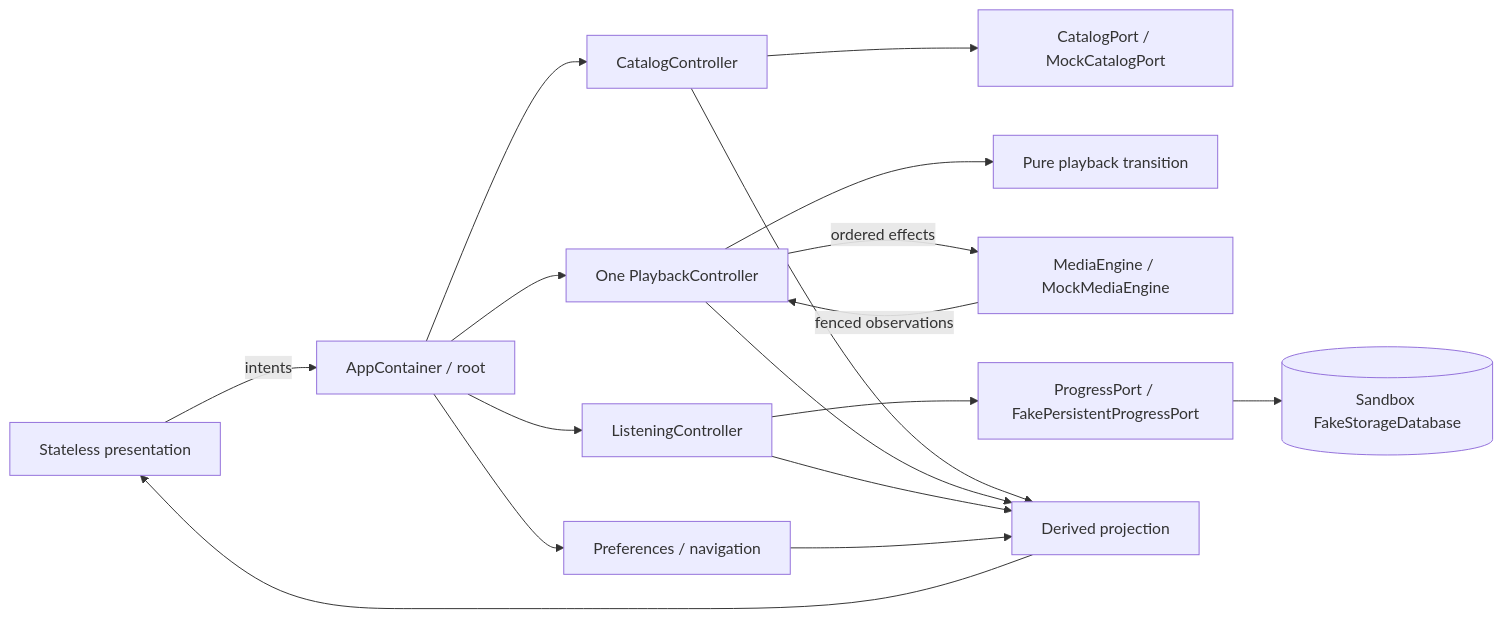
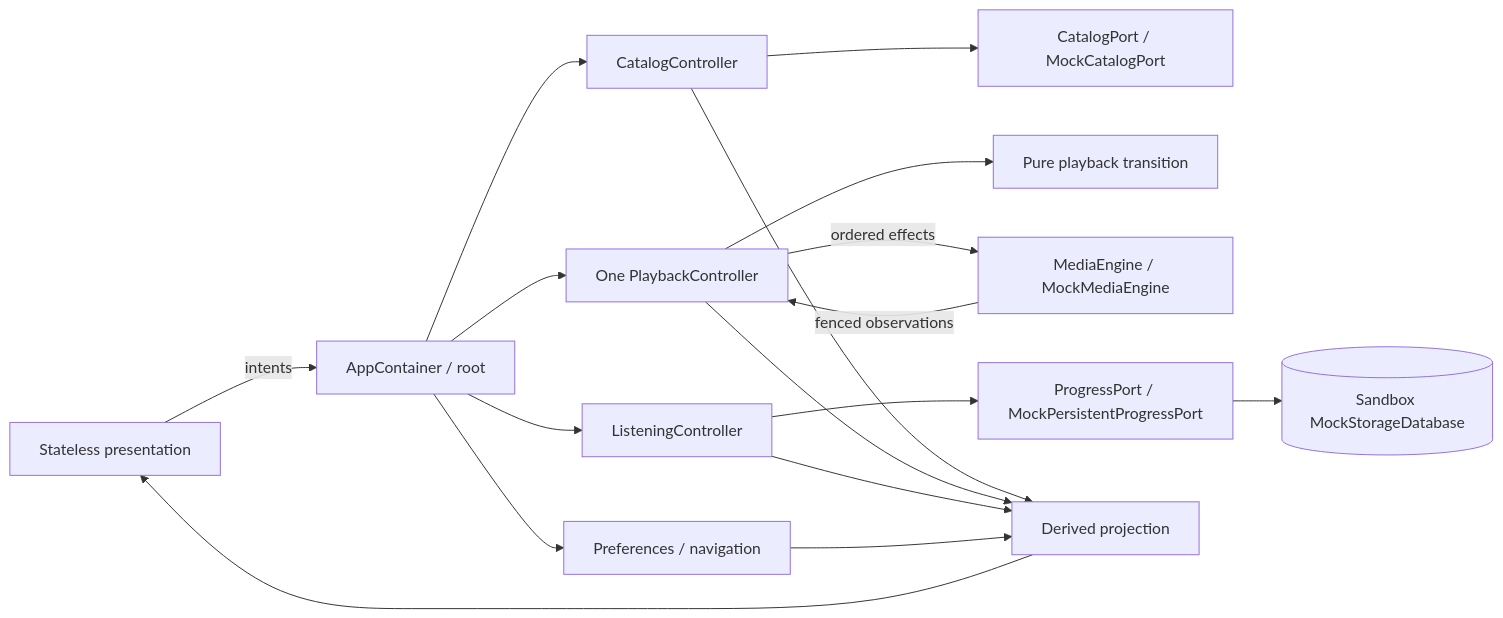
One commit to loveoverflowcom/cantos changed the diagram in apps/cantos-theatre/mobile/docs/architecture.md. Above: the diagram before and after it, drawn with Mermaid. The commit also changed other lines of this file and 164 other files, not shown here.

````diff
--- a/apps/cantos-theatre/mobile/docs/architecture.md
+++ b/apps/cantos-theatre/mobile/docs/architecture.md
@@ -52,19 +63,19 @@
 ```mermaid
 flowchart LR
   UI[Stateless presentation] -->|intents| App[AppContainer / root]
   App --> Catalog[CatalogController]
   App --> Playback[One PlaybackController]
   App --> Listening[ListeningController]
   App --> Prefs[Preferences / navigation]
   Catalog --> CP[CatalogPort / MockCatalogPort]
   Playback --> Core[Pure playback transition]
   Playback -->|ordered effects| Engine[MediaEngine / MockMediaEngine]
   Engine -->|fenced observations| Playback
-  Listening --> PP[ProgressPort / FakePersistentProgressPort]
-  PP --> DB[(Sandbox FakeStorageDatabase)]
+  Listening --> PP[ProgressPort / MockPersistentProgressPort]
+  PP --> DB[(Sandbox MockStorageDatabase)]
   Catalog --> View[Derived projection]
   Playback --> View
   Listening --> View
   Prefs --> View
   View --> UI
 ```
````
